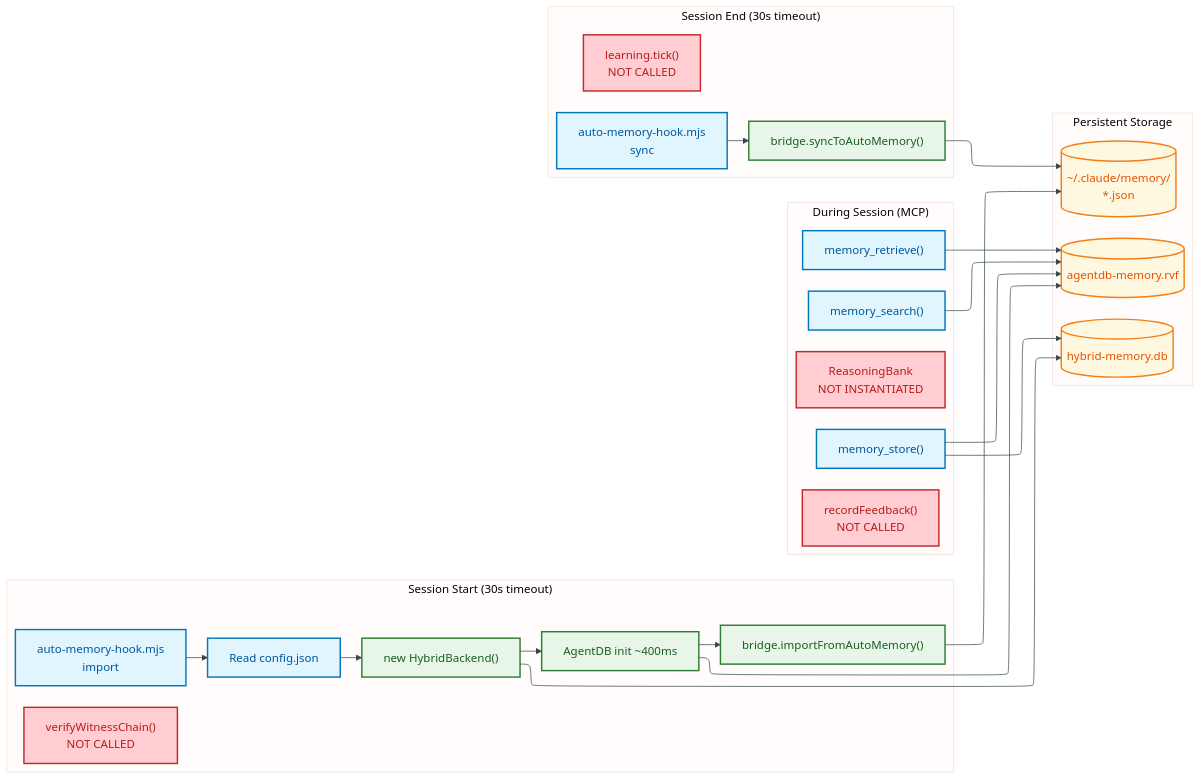
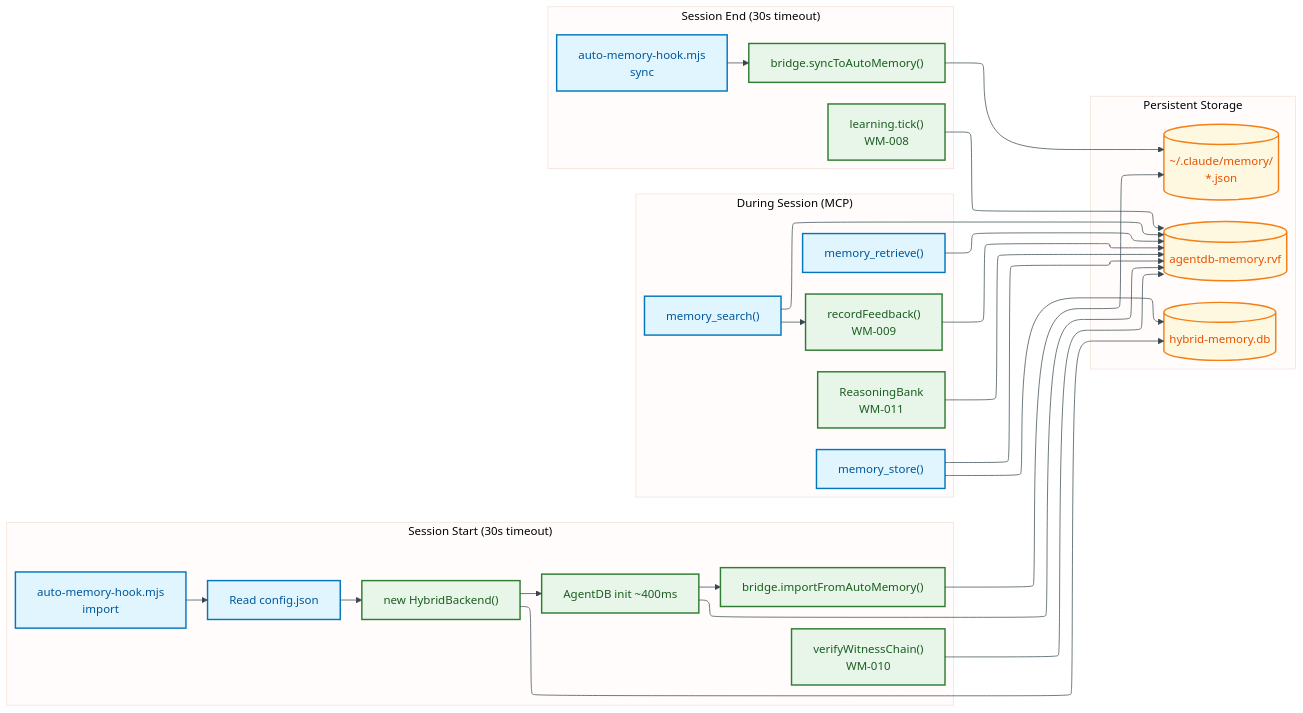
Before and after one commit to sparkling/claude-flow-patch: the second of 3 diagrams in docs/memory-system-analysis.md, drawn with Mermaid. The commit also changed other lines of this file and 48 other files, not shown here.

````diff
--- a/docs/memory-system-analysis.md
+++ b/docs/memory-system-analysis.md
@@ -140,70 +145,75 @@
 ```mermaid
 ---
 config:
   layout: elk
 ---
 %%{init: {
   "theme": "base",
   "themeVariables": {
     "primaryColor": "#E3F2FD",
     "primaryTextColor": "#0D47A1",
     "primaryBorderColor": "#1565C0",
     "lineColor": "#37474F"
   }
 }}%%
 flowchart LR
     accTitle: Runtime Data Flow Through Memory Systems
     accDescr: Shows session start, during-session, and session end flows through CLI Memory, with AgentDB dormant features marked
 
     classDef process fill:#E1F5FE,stroke:#0277BD,stroke-width:2px,color:#01579B
     classDef service fill:#E8F5E9,stroke:#2E7D32,stroke-width:2px,color:#1B5E20
     classDef data fill:#FFF8E1,stroke:#F57F17,stroke-width:2px,color:#E65100
     classDef warning fill:#FFF9C4,stroke:#F9A825,stroke-width:2px,color:#F57F17
     classDef error fill:#FFCDD2,stroke:#C62828,stroke-width:2px,color:#B71C1C
 
     subgraph SessionStart["Session Start (30s timeout)"]
         direction TB
         Hook1["auto-memory-hook.mjs<br/>import"]:::process
         ReadConf["Read config.json"]:::process
         InitHB["new HybridBackend()"]:::service
         InitADB["AgentDB init ~400ms"]:::service
         Import["bridge.importFromAutoMemory()"]:::service
-        NoVerify["verifyWitnessChain()<br/>NOT CALLED"]:::error
+        Verify["verifyWitnessChain()<br/>WM-010"]:::service
     end
 
     subgraph During["During Session (MCP)"]
         direction TB
         Store["memory_store()"]:::process
         Search["memory_search()"]:::process
         Retrieve["memory_retrieve()"]:::process
-        NoFeedback["recordFeedback()<br/>NOT CALLED"]:::error
-        NoReasoning["ReasoningBank<br/>NOT INSTANTIATED"]:::error
+        Feedback["recordFeedback()<br/>WM-009"]:::service
+        Reasoning["ReasoningBank<br/>WM-011"]:::service
     end
 
     subgraph SessionEnd["Session End (30s timeout)"]
         direction TB
         Hook2["auto-memory-hook.mjs<br/>sync"]:::process
         Sync["bridge.syncToAutoMemory()"]:::service
-        NoTick["learning.tick()<br/>NOT CALLED"]:::error
+        Tick["learning.tick()<br/>WM-008"]:::service
     end
 
     subgraph Storage["Persistent Storage"]
         direction TB
         JSON[("~/.claude/memory/<br/>*.json")]:::data
         SQLite[("hybrid-memory.db")]:::data
         RVFile[("agentdb-memory.rvf")]:::data
     end
 
     Hook1 --> ReadConf --> InitHB --> InitADB --> Import
     Import --> JSON
     InitHB --> SQLite
     InitADB --> RVFile
 
     Store --> SQLite
     Store --> RVFile
     Search --> RVFile
     Retrieve --> RVFile
+    Verify --> RVFile
+    Search --> Feedback
+    Feedback --> RVFile
+    Reasoning --> RVFile
+    Tick --> RVFile
 
     Hook2 --> Sync
     Sync --> JSON
 ```
````
